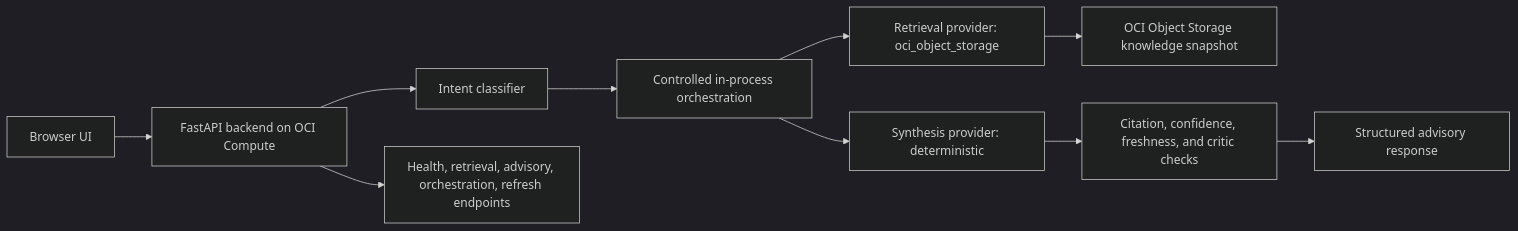
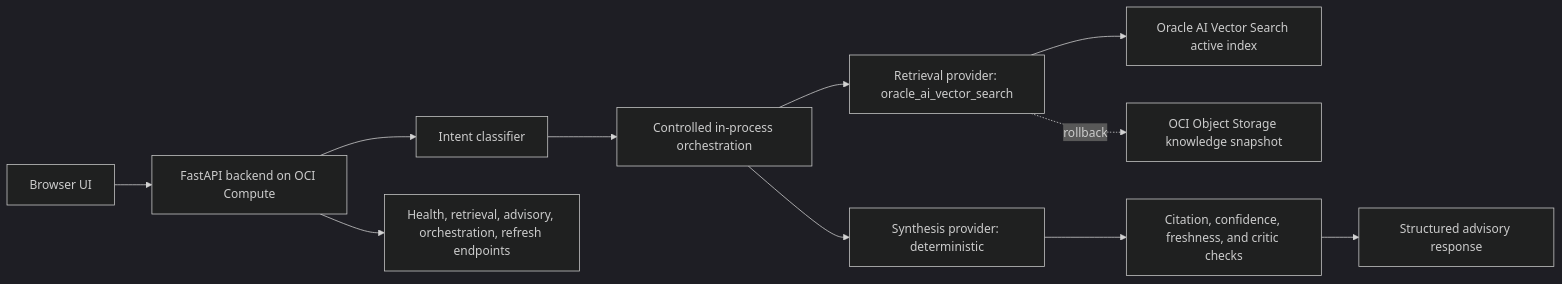
Before and after one commit to BfShaik/OCI-Architecture-Studio: the diagram in docs/reports/post-stabilization-architecture-review.md, drawn with Mermaid (dark theme). The commit also changed other lines of this file and 21 other files, not shown here.

````diff
--- a/docs/reports/post-stabilization-architecture-review.md
+++ b/docs/reports/post-stabilization-architecture-review.md
@@ -13,12 +15,13 @@
 ```mermaid
 flowchart LR
   User["Browser UI"] --> Backend["FastAPI backend on OCI Compute"]
   Backend --> Intent["Intent classifier"]
   Intent --> Orchestrator["Controlled in-process orchestration"]
-  Orchestrator --> Retrieval["Retrieval provider: oci_object_storage"]
-  Retrieval --> Bucket["OCI Object Storage knowledge snapshot"]
+  Orchestrator --> Retrieval["Retrieval provider: oracle_ai_vector_search"]
+  Retrieval --> Vector["Oracle AI Vector Search active index"]
+  Retrieval -. rollback .-> Bucket["OCI Object Storage knowledge snapshot"]
   Orchestrator --> Synthesis["Synthesis provider: deterministic"]
   Synthesis --> Critic["Citation, confidence, freshness, and critic checks"]
   Critic --> Response["Structured advisory response"]
   Backend --> Metrics["Health, retrieval, advisory, orchestration, refresh endpoints"]
 ```
````
